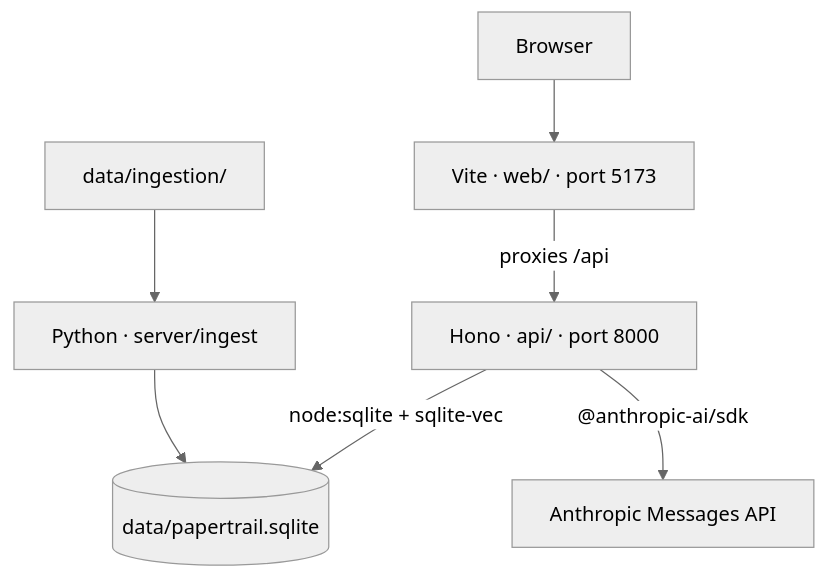
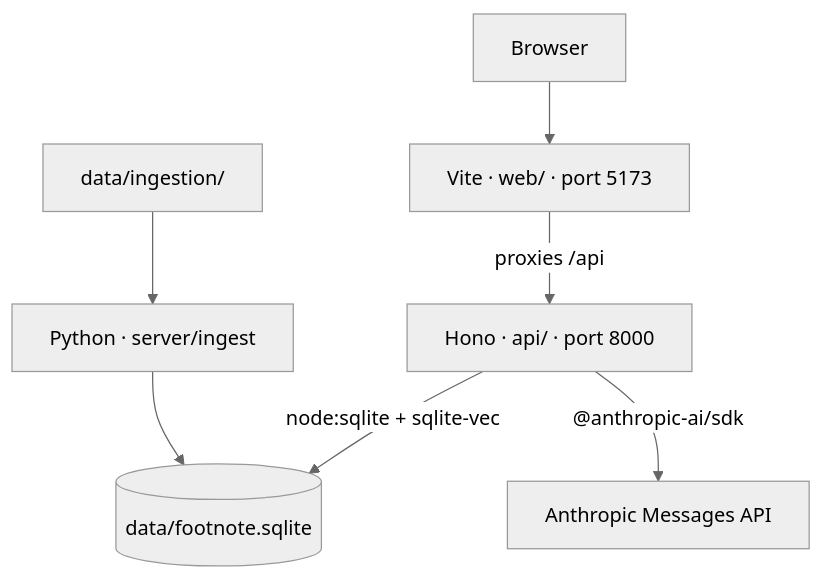
The diagram in docs/architecture.md (ianlhenry/footnote), drawn with Mermaid (neutral theme) before and after one commit. The commit also changed other lines of this file and 10 other files, not shown here.

````diff
--- a/docs/architecture.md
+++ b/docs/architecture.md
@@ -5,17 +5,17 @@
 ```mermaid
 flowchart TD
   browser[Browser]
   vite["Vite · web/ · port 5173"]
   hono["Hono · api/ · port 8000"]
-  db[("data/papertrail.sqlite")]
+  db[("data/footnote.sqlite")]
   files["data/ingestion/"]
   ingest["Python · server/ingest"]
   claude[Anthropic Messages API]
 
   browser --> vite
   vite -->|"proxies /api"| hono
   hono -->|"node:sqlite + sqlite-vec"| db
   hono -->|"@anthropic-ai/sdk"| claude
   files --> ingest
   ingest --> db
 ```
````
